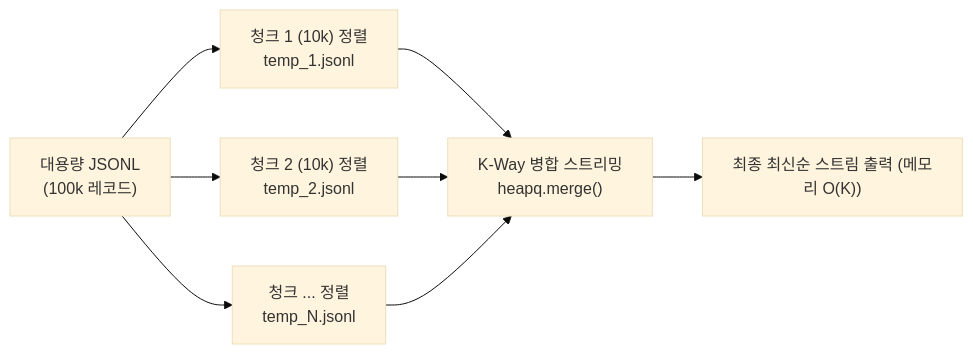
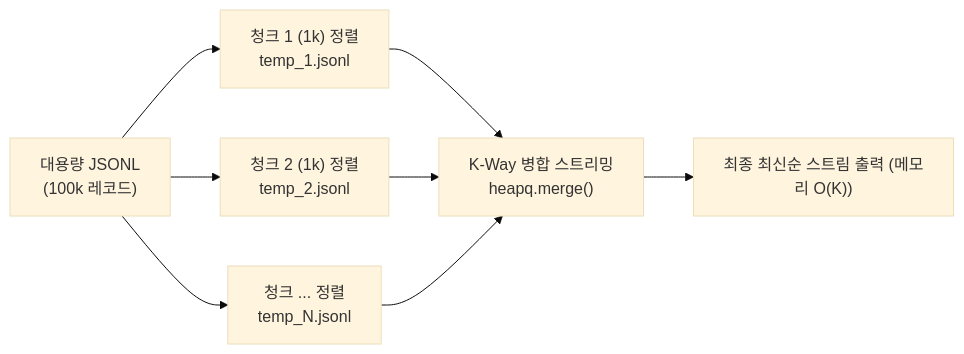
Before and after one commit to ChoMyeongHwan/console-pocket-book: the second of 2 diagrams in docs/LARGE_SCALE_ANALYSIS.md, drawn with Mermaid (base theme). The commit also changed other lines of this file and 6 other files, not shown here.

````diff
--- a/docs/LARGE_SCALE_ANALYSIS.md
+++ b/docs/LARGE_SCALE_ANALYSIS.md
@@ -68,8 +67,8 @@
 ```mermaid
 flowchart LR
-    A["대용량 JSONL<br/>(100k 레코드)"] --> B["청크 1 (10k) 정렬<br/>temp_1.jsonl"]
-    A --> C["청크 2 (10k) 정렬<br/>temp_2.jsonl"]
+    A["대용량 JSONL<br/>(100k 레코드)"] --> B["청크 1 (1k) 정렬<br/>temp_1.jsonl"]
+    A --> C["청크 2 (1k) 정렬<br/>temp_2.jsonl"]
     A --> D["청크 ... 정렬<br/>temp_N.jsonl"]
     B & C & D --> E["K-Way 병합 스트리밍<br/>heapq.merge()"]
     E --> F["최종 최신순 스트림 출력 (메모리 O(K))"]
 ```
````
